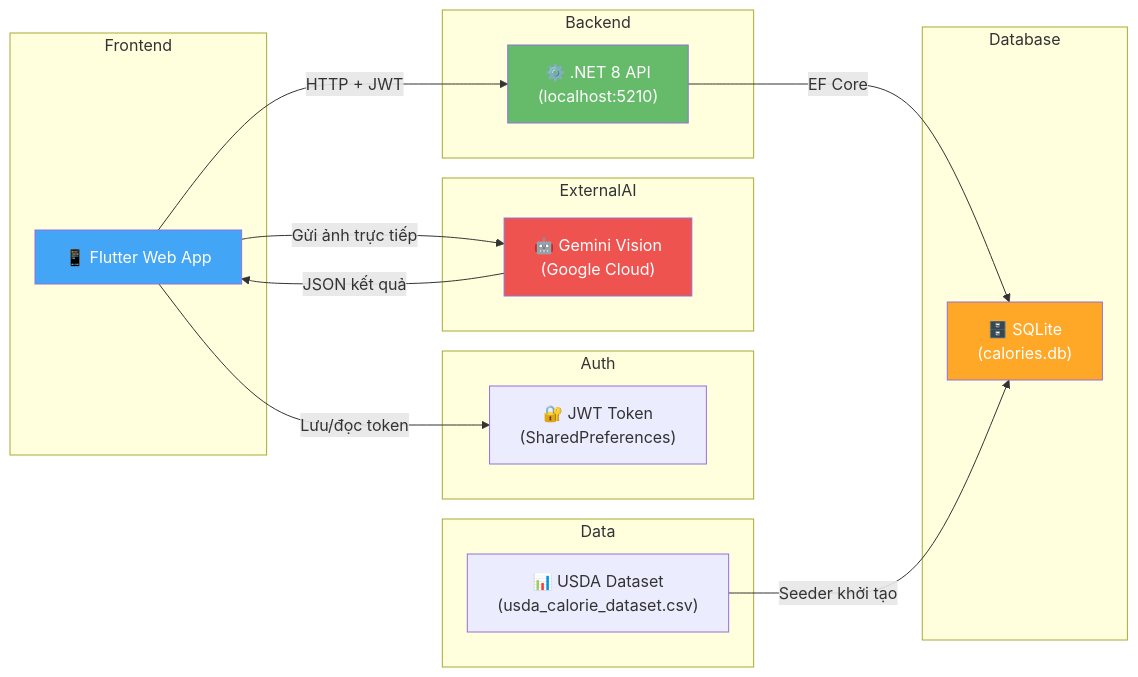
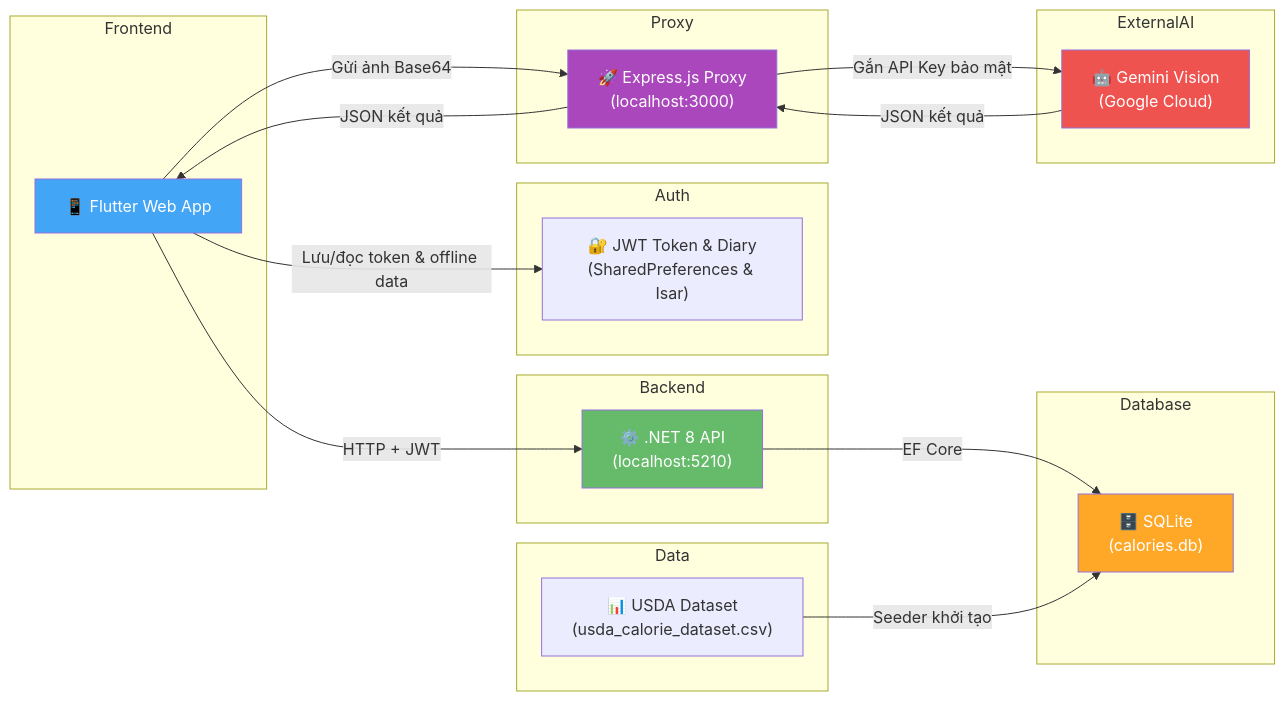
One commit to trangkhanh-ai/Calories-Tracking-App changed the ninth of 9 diagrams in docs/SYSTEM_ARCHITECTURE.md. Above: the diagram before and after it, drawn with Mermaid. The commit also changed other lines of this file, not shown here.

Commit message:
docs: update system architecture to reflect Express proxy and Isar migration

````diff
--- a/docs/SYSTEM_ARCHITECTURE.md
+++ b/docs/SYSTEM_ARCHITECTURE.md
@@ -347,38 +356,45 @@
 ```mermaid
 flowchart LR
     subgraph Frontend
         A["📱 Flutter Web App"]
     end
 
     subgraph Auth
-        B["🔐 JWT Token<br/>(SharedPreferences)"]
+        B["🔐 JWT Token & Diary<br/>(SharedPreferences & Isar)"]
+    end
+
+    subgraph Proxy
+        P["🚀 Express.js Proxy<br/>(localhost:3000)"]
     end
 
     subgraph Backend
         C["⚙️ .NET 8 API<br/>(localhost:5210)"]
     end
 
     subgraph Database
         D["🗄️ SQLite<br/>(calories.db)"]
     end
 
     subgraph ExternalAI
         E["🤖 Gemini Vision<br/>(Google Cloud)"]
     end
 
     subgraph Data
         F["📊 USDA Dataset<br/>(usda_calorie_dataset.csv)"]
     end
 
     A -->|"HTTP + JWT"| C
-    A -->|"Lưu/đọc token"| B
-    A -->|"Gửi ảnh trực tiếp"| E
+    A -->|"Lưu/đọc token & offline data"| B
+    A -->|"Gửi ảnh Base64"| P
+    P -->|"Gắn API Key bảo mật"| E
     C -->|"EF Core"| D
     F -->|"Seeder khởi tạo"| D
-    E -->|"JSON kết quả"| A
+    E -->|"JSON kết quả"| P
+    P -->|"JSON kết quả"| A
 
     style A fill:#42A5F5,color:#fff
     style C fill:#66BB6A,color:#fff
+    style P fill:#AB47BC,color:#fff
     style D fill:#FFA726,color:#fff
     style E fill:#EF5350,color:#fff
 ```
````
